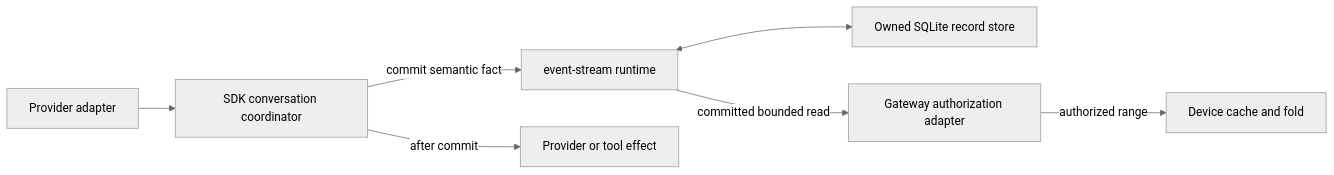
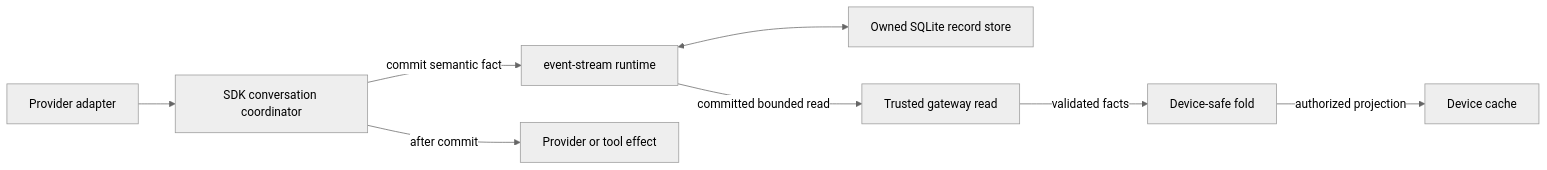
Before and after one commit to nessalabs/nessa-agent: the first of 3 diagrams in docs/design/canonical-record-migration.md, drawn with Mermaid (neutral theme). The commit also changed other lines of this file, not shown here.

Commit message:
Separate trusted SDK records from device projection

````diff
--- a/docs/design/canonical-record-migration.md
+++ b/docs/design/canonical-record-migration.md
@@ -11,9 +11,10 @@
 ```mermaid
 flowchart LR
     Provider[Provider adapter] --> SDK[SDK conversation coordinator]
     SDK -->|commit semantic fact| Stream[event-stream runtime]
     Stream <--> SQLite[Owned SQLite record store]
-    Stream -->|committed bounded read| Gateway[Gateway authorization adapter]
-    Gateway -->|authorized range| Device[Device cache and fold]
+    Stream -->|committed bounded read| Gateway[Trusted gateway read]
+    Gateway -->|validated facts| Fold[Device-safe fold]
+    Fold -->|authorized projection| Device[Device cache]
     SDK -->|after commit| Effect[Provider or tool effect]
 ```
````
